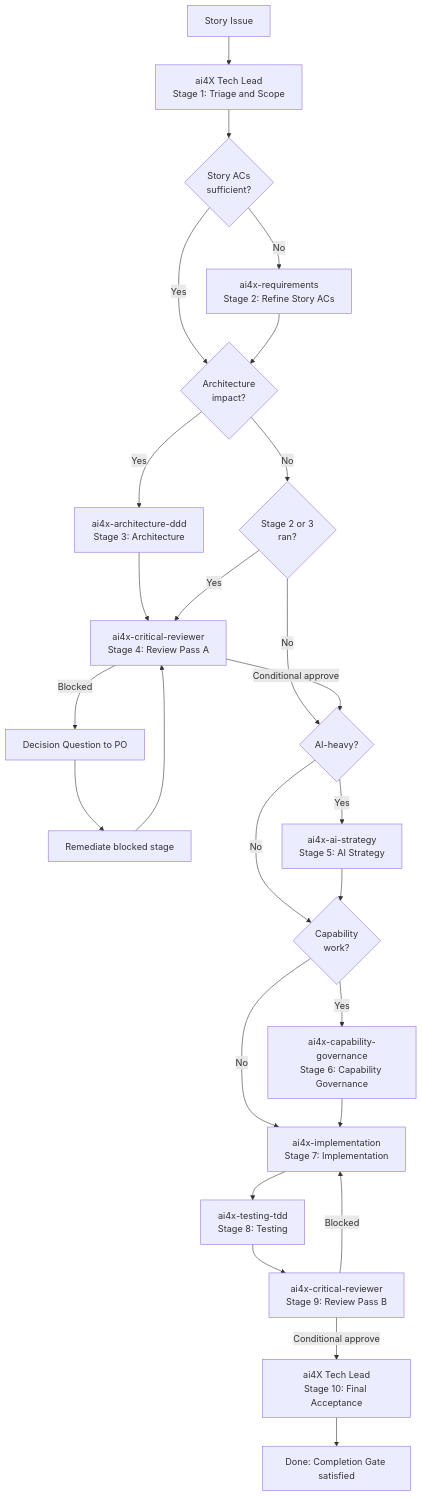
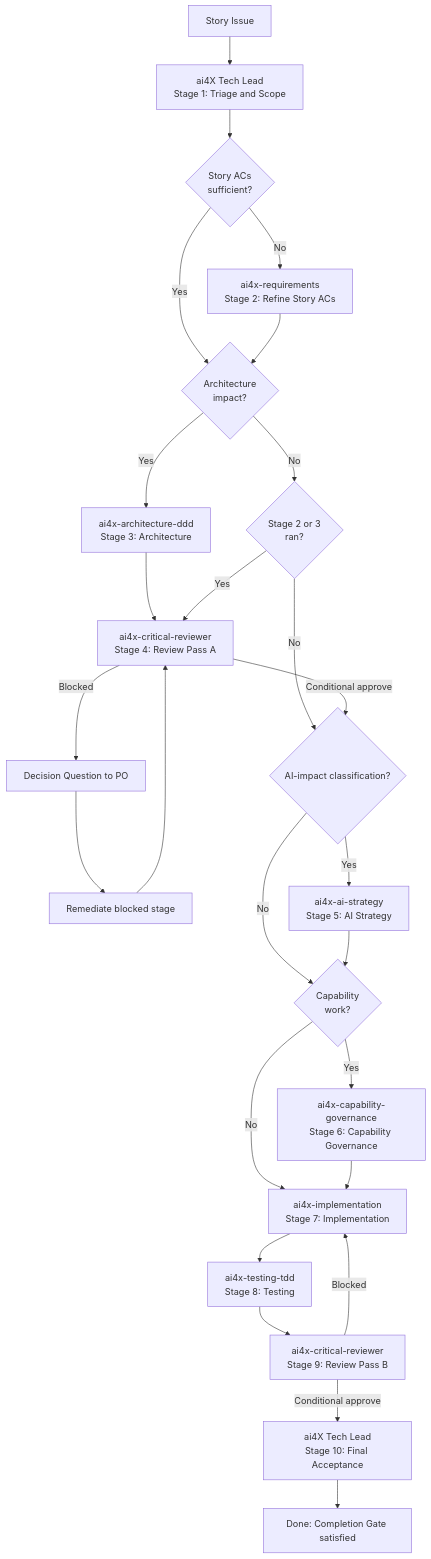
Before and after one commit to normenmueller/ai4X: the diagram in crp/gov/prc/workflow.md, drawn with Mermaid. The commit also changed other lines of this file and 12 other files, not shown here.

````diff
--- a/crp/gov/prc/workflow.md
+++ b/crp/gov/prc/workflow.md
@@ -276,28 +278,28 @@
 ```mermaid
 flowchart TD
 	STORY[Story Issue] --> O1[ai4X Tech Lead<br/>Stage 1: Triage and Scope]
 	O1 --> NEED_REQ{Story ACs<br/>sufficient?}
 	NEED_REQ -->|No| R[ai4x-requirements<br/>Stage 2: Refine Story ACs]
 	NEED_REQ -->|Yes| NEED_ARCH{Architecture<br/>impact?}
 	R --> NEED_ARCH
 	NEED_ARCH -->|Yes| A[ai4x-architecture-ddd<br/>Stage 3: Architecture]
 	NEED_ARCH -->|No| NEED_CRA{Stage 2 or 3<br/>ran?}
 	A --> CR1[ai4x-critical-reviewer<br/>Stage 4: Review Pass A]
 	NEED_CRA -->|Yes| CR1
-	NEED_CRA -->|No| NEED_AI{AI-heavy?}
+	NEED_CRA -->|No| NEED_AI{AI-impact classification?}
 	CR1 -->|Blocked| DQ[Decision Question to PO]
 	DQ --> CR1_FIX[Remediate blocked stage]
 	CR1_FIX --> CR1
 	CR1 -->|Conditional approve| NEED_AI
 	NEED_AI -->|Yes| S[ai4x-ai-strategy<br/>Stage 5: AI Strategy]
 	NEED_AI -->|No| NEED_CAP{Capability<br/>work?}
 	S --> NEED_CAP
 	NEED_CAP -->|Yes| CG[ai4x-capability-governance<br/>Stage 6: Capability Governance]
 	NEED_CAP -->|No| I
 	CG --> I[ai4x-implementation<br/>Stage 7: Implementation]
 	I --> T[ai4x-testing-tdd<br/>Stage 8: Testing]
 	T --> CR2[ai4x-critical-reviewer<br/>Stage 9: Review Pass B]
 	CR2 -->|Blocked| I
 	CR2 -->|Conditional approve| O2[ai4X Tech Lead<br/>Stage 10: Final Acceptance]
 	O2 --> DONE[Done: Completion Gate satisfied]
 ```
````
